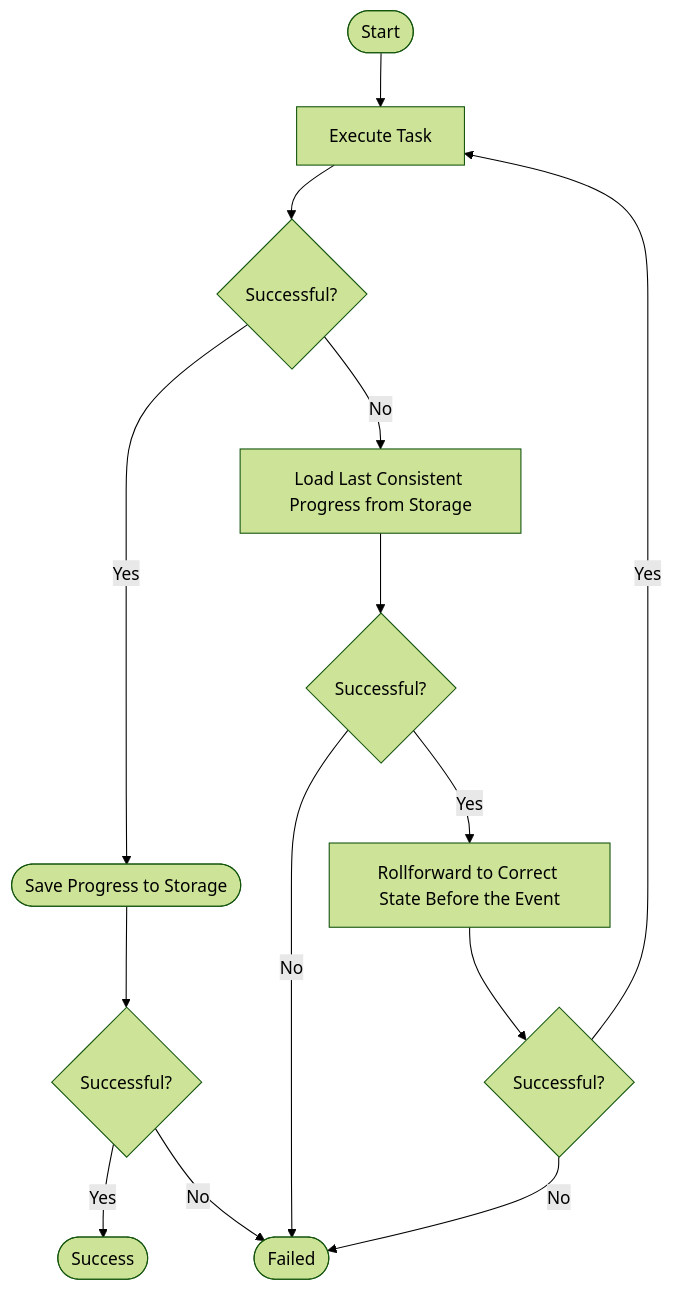
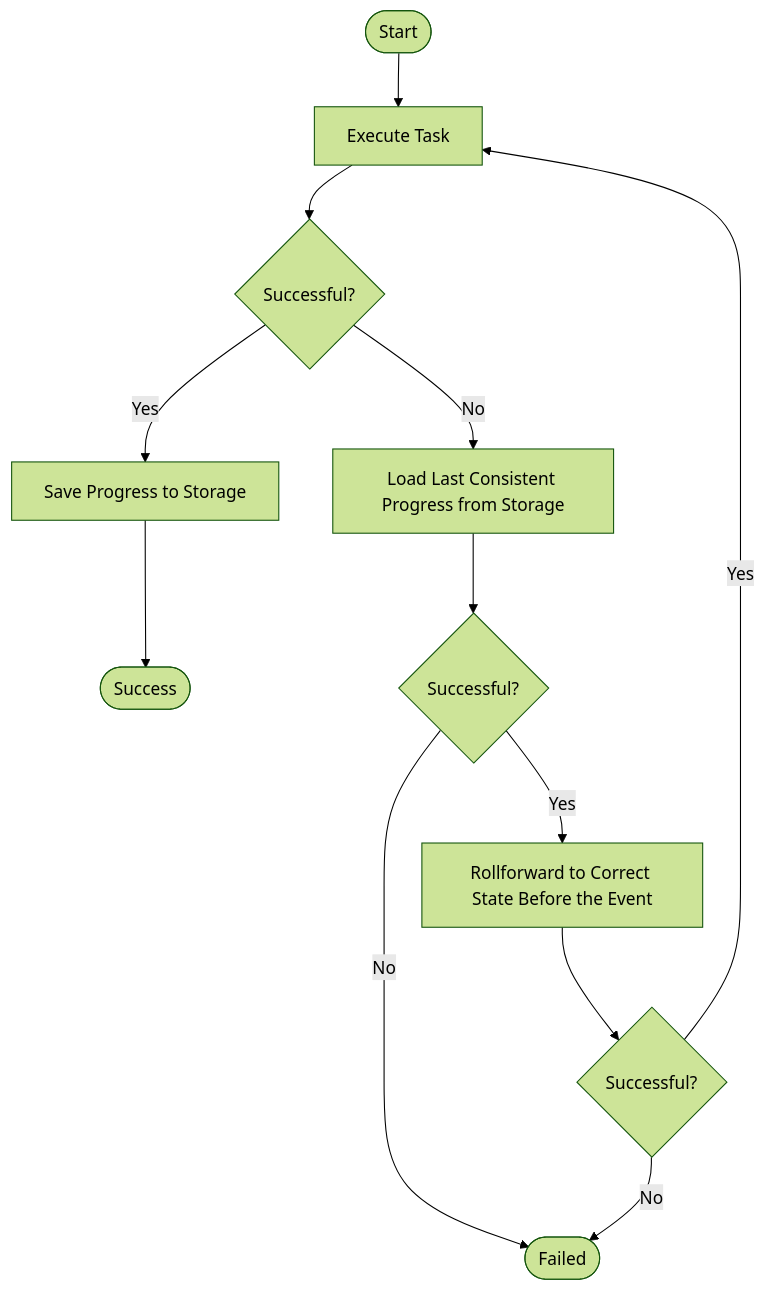
The diagram in sos/logical/resilience/rollforward/workflow.mmd (ORNL/intersect-architecture), drawn with Mermaid (forest theme) before and after one commit. The commit also changed 1 other file, not shown here.

```diff
--- a/sos/logical/resilience/rollforward/workflow.mmd
+++ b/sos/logical/resilience/rollforward/workflow.mmd
@@ -1,14 +1,12 @@
 flowchart TD
     A(["Start"]) --> B["Execute Task"]
     B --> C{"Successful?"}
-    C -->|Yes| D(["Save Progress to Storage"])
+    C -->|Yes| D["Save Progress to Storage"]
     C -->|No| E["Load Last Consistent Progress from Storage"]
-    D --> F{"Successful?"}
-    F -->|Yes| G(["Success"])
-    F -->|No| H(["Failed"])
+    D --> G(["Success"])
     E --> I{"Successful?"}
     I -->|Yes| J["Rollforward to Correct State Before the Event"]
-    I -->|No| H
+    I -->|No| H(["Failed"])
     J --> K{"Successful?"}
     K -->|Yes| B
     K -->|No| H
```
